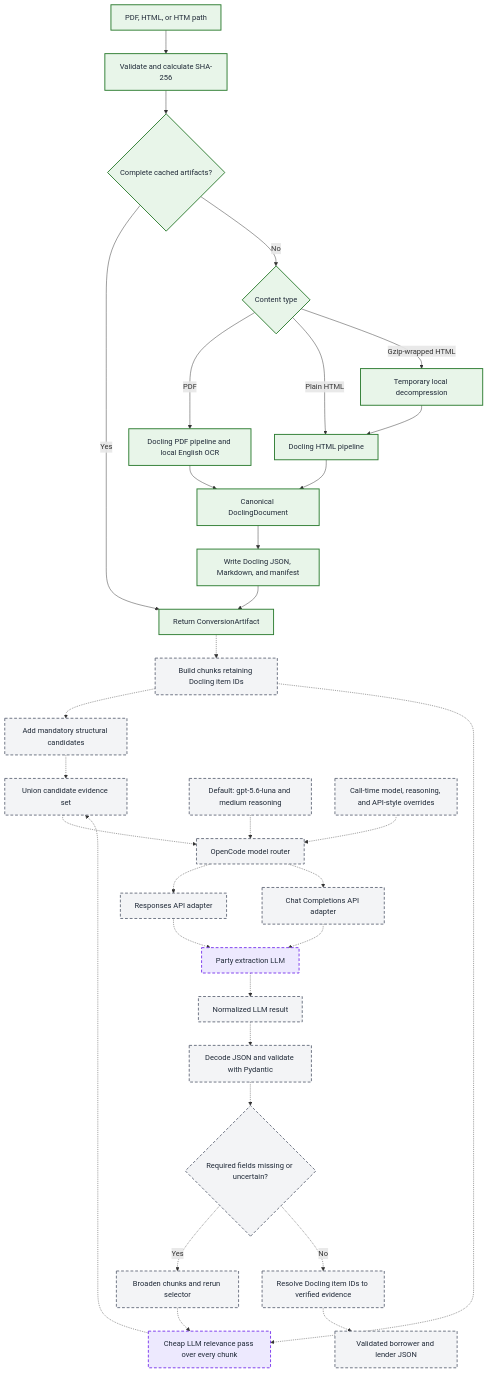
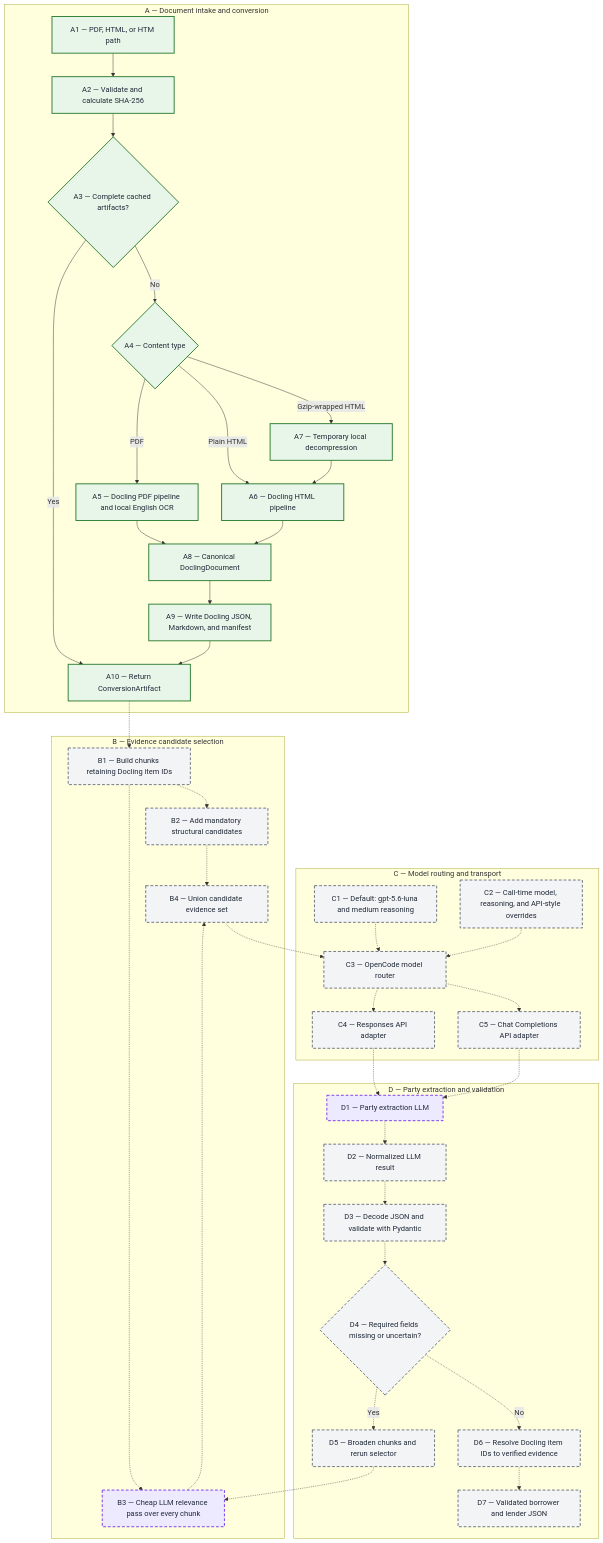
The diagram in docs/conversion_pipeline.md (Ashrit-K/credit-agreement-parsing), drawn with Mermaid before and after one commit. The commit also changed other lines of this file and 2 other files, not shown here.

Commit message:
docs: number pipeline diagram steps

````diff
--- a/docs/conversion_pipeline.md
+++ b/docs/conversion_pipeline.md
@@ -74,44 +76,71 @@
 ```mermaid
 flowchart TD
-    A[PDF, HTML, or HTM path] --> B[Validate and calculate SHA-256]
-    B --> C{Complete cached artifacts?}
-    C -->|Yes| J[Return ConversionArtifact]
-    C -->|No| D{Content type}
-    D -->|PDF| E[Docling PDF pipeline and local English OCR]
-    D -->|Plain HTML| F[Docling HTML pipeline]
-    D -->|Gzip-wrapped HTML| G[Temporary local decompression]
-    G --> F
-    E --> H[Canonical DoclingDocument]
-    F --> H
-    H --> I[Write Docling JSON, Markdown, and manifest]
-    I --> J
+    subgraph A_GROUP["A — Document intake and conversion"]
+        A1[A1 — PDF, HTML, or HTM path] --> A2[A2 — Validate and calculate SHA-256]
+        A2 --> A3{A3 — Complete cached artifacts?}
+        A3 -->|Yes| A10[A10 — Return ConversionArtifact]
+        A3 -->|No| A4{A4 — Content type}
+        A4 -->|PDF| A5[A5 — Docling PDF pipeline and local English OCR]
+        A4 -->|Plain HTML| A6[A6 — Docling HTML pipeline]
+        A4 -->|Gzip-wrapped HTML| A7[A7 — Temporary local decompression]
+        A7 --> A6
+        A5 --> A8[A8 — Canonical DoclingDocument]
+        A6 --> A8
+        A8 --> A9[A9 — Write Docling JSON, Markdown, and manifest]
+        A9 --> A10
+    end
 
-    J -.-> K[Build chunks retaining Docling item IDs]
-    K -.-> DS[Add mandatory structural candidates]
-    K -.-> S[Cheap LLM relevance pass over every chunk]
-    DS -.-> U[Union candidate evidence set]
-    S -.-> U
-    U -.-> R[OpenCode model router]
-    O[Default: gpt-5.6-luna and medium reasoning] -.-> R
-    P[Call-time model, reasoning, and API-style overrides] -.-> R
-    R -.-> RA[Responses API adapter]
-    R -.-> CA[Chat Completions API adapter]
-    RA -.-> X[Party extraction LLM]
-    CA -.-> X
-    X -.-> LR[Normalized LLM result]
-    LR -.-> V[Decode JSON and validate with Pydantic]
-    V -.-> Q{Required fields missing or uncertain?}
-    Q -.->|Yes| W[Broaden chunks and rerun selector]
-    W -.-> S
-    Q -.->|No| M[Resolve Docling item IDs to verified evidence]
-    M -.-> N[Validated borrower and lender JSON]
+    subgraph B_GROUP["B — Evidence candidate selection"]
+        B1[B1 — Build chunks retaining Docling item IDs]
+        B2[B2 — Add mandatory structural candidates]
+        B3[B3 — Cheap LLM relevance pass over every chunk]
+        B4[B4 — Union candidate evidence set]
+        B1 -.-> B2
+        B1 -.-> B3
+        B2 -.-> B4
+        B3 -.-> B4
+    end
+
+    subgraph C_GROUP["C — Model routing and transport"]
+        C1[C1 — Default: gpt-5.6-luna and medium reasoning]
+        C2[C2 — Call-time model, reasoning, and API-style overrides]
+        C3[C3 — OpenCode model router]
+        C4[C4 — Responses API adapter]
+        C5[C5 — Chat Completions API adapter]
+        C1 -.-> C3
+        C2 -.-> C3
+        C3 -.-> C4
+        C3 -.-> C5
+    end
+
+    subgraph D_GROUP["D — Party extraction and validation"]
+        D1[D1 — Party extraction LLM]
+        D2[D2 — Normalized LLM result]
+        D3[D3 — Decode JSON and validate with Pydantic]
+        D4{D4 — Required fields missing or uncertain?}
+        D5[D5 — Broaden chunks and rerun selector]
+        D6[D6 — Resolve Docling item IDs to verified evidence]
+        D7[D7 — Validated borrower and lender JSON]
+        D1 -.-> D2
+        D2 -.-> D3
+        D3 -.-> D4
+        D4 -.->|Yes| D5
+        D4 -.->|No| D6
+        D6 -.-> D7
+    end
+
+    A10 -.-> B1
+    B4 -.-> C3
+    C4 -.-> D1
+    C5 -.-> D1
+    D5 -.-> B3
 
     classDef implemented fill:#e8f5e9,stroke:#2e7d32,stroke-width:2px,color:#1f2937;
     classDef pending fill:#f3f4f6,stroke:#6b7280,stroke-width:2px,stroke-dasharray:6 4,color:#1f2937;
     classDef cognitiveImplemented fill:#ede9fe,stroke:#7c3aed,stroke-width:2px,color:#1f2937;
     classDef cognitivePending fill:#ede9fe,stroke:#7c3aed,stroke-width:2px,stroke-dasharray:6 4,color:#1f2937;
 
-    class A,B,C,D,E,F,G,H,I,J implemented;
-    class K,DS,U,R,O,P,RA,CA,LR,V,Q,W,M,N pending;
-    class S,X cognitivePending;
+    class A1,A2,A3,A4,A5,A6,A7,A8,A9,A10 implemented;
+    class B1,B2,B4,C1,C2,C3,C4,C5,D2,D3,D4,D5,D6,D7 pending;
+    class B3,D1 cognitivePending;
 ```
````
